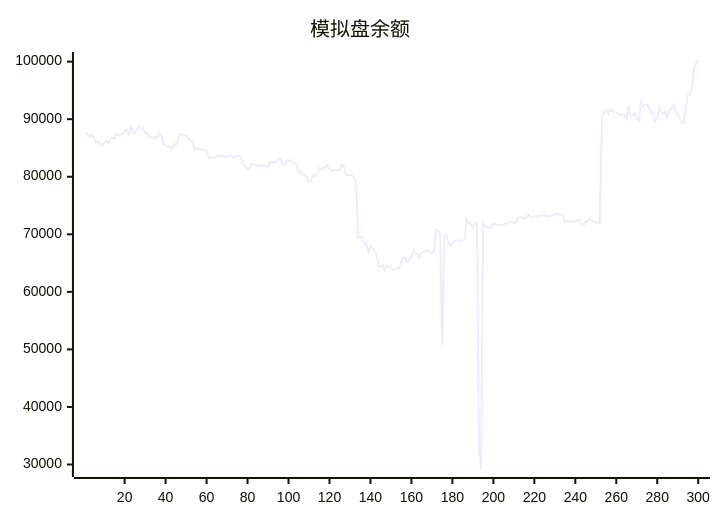
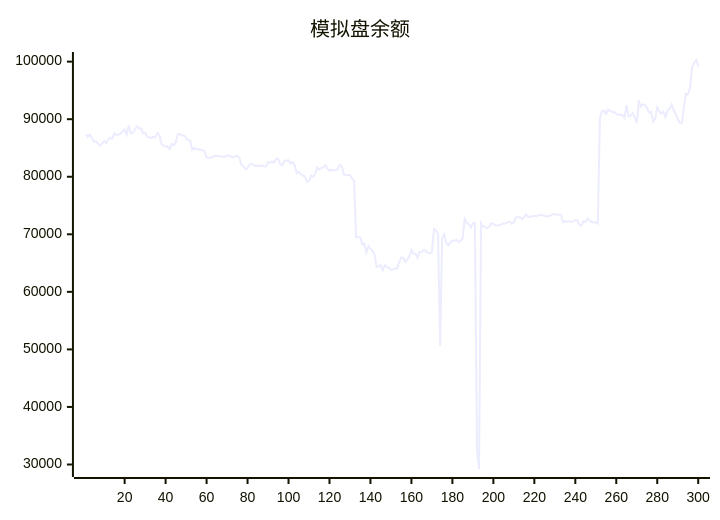
Before and after one commit to aahl/ai-trading: the diagram in README.md, drawn with Mermaid. The commit also changed other lines of this file and 1 other file, not shown here.

````diff
--- a/README.md
+++ b/README.md
@@ -5,5 +5,5 @@
 ```mermaid
 xychart
     title "模拟盘余额"
-    line [87568,87386,86920,87313,86737,86094,86143,85725,85437,85787,86219,85859,86526,86740,86630,87563,87264,87335,87483,87886,88180,87335,88894,87544,87608,88207,88755,88401,88444,87543,87608,87000,86810,86740,86894,86884,87576,87209,85686,85435,85251,85255,84820,85689,85453,86066,87420,87373,87161,87178,86740,86341,86315,84643,85012,84772,84768,84690,84635,84376,83360,83357,83259,83474,83608,83606,83602,83548,83440,83454,83724,83644,83464,83365,83590,83592,83275,82072,81806,81344,81492,82109,82254,82006,81848,81955,81829,82022,81769,81776,82522,82441,82656,82498,83144,83144,82150,82038,82797,82763,82872,82367,82536,81981,80612,80862,80484,80242,80034,79063,79245,80226,80016,80507,81625,81233,81544,81578,82016,81401,81019,81186,81130,81118,81306,82066,81909,80392,80304,80291,80258,79729,79261,69466,69579,69456,68251,68415,66832,67911,67462,67144,66432,64380,64375,64606,63740,64647,64324,64216,63842,63877,64078,64008,65156,65945,65888,65157,65625,66144,67284,66653,66639,65924,66925,66956,67263,67108,66766,66729,66886,70927,70673,70049,50652,69334,69973,68400,68061,68578,68876,68879,69055,68662,68822,69329,72687,71999,71760,71162,71911,71896,32500,29218,71927,71297,71305,71044,71337,71883,71822,71536,71536,71622,71723,71880,71860,72100,72216,71887,72077,72940,72976,72966,72638,72948,73497,73004,73041,73173,73160,73186,73258,73375,73351,73173,73098,73161,73305,73474,73536,73457,73413,73412,72100,72333,72164,72272,72204,72285,72461,72421,71652,71521,72267,72157,72774,72424,72144,72060,72091,71858,90185,91338,91466,90900,91678,91404,91268,91244,90903,90779,90787,90721,90187,92429,90518,90619,91070,90328,89376,93286,92202,92581,92485,91947,91196,91259,89619,90086,92063,91355,90950,91327,90373,91498,91800,92531,91603,90910,90031,89351,89334,92097,94406,94315,95455,98972,99763,100286]
+    line [87386,86920,87313,86737,86094,86143,85725,85437,85787,86219,85859,86526,86740,86630,87563,87264,87335,87483,87886,88180,87335,88894,87544,87608,88207,88755,88401,88444,87543,87608,87000,86810,86740,86894,86884,87576,87209,85686,85435,85251,85255,84820,85689,85453,86066,87420,87373,87161,87178,86740,86341,86315,84643,85012,84772,84768,84690,84635,84376,83360,83357,83259,83474,83608,83606,83602,83548,83440,83454,83724,83644,83464,83365,83590,83592,83275,82072,81806,81344,81492,82109,82254,82006,81848,81955,81829,82022,81769,81776,82522,82441,82656,82498,83144,83144,82150,82038,82797,82763,82872,82367,82536,81981,80612,80862,80484,80242,80034,79063,79245,80226,80016,80507,81625,81233,81544,81578,82016,81401,81019,81186,81130,81118,81306,82066,81909,80392,80304,80291,80258,79729,79261,69466,69579,69456,68251,68415,66832,67911,67462,67144,66432,64380,64375,64606,63740,64647,64324,64216,63842,63877,64078,64008,65156,65945,65888,65157,65625,66144,67284,66653,66639,65924,66925,66956,67263,67108,66766,66729,66886,70927,70673,70049,50652,69334,69973,68400,68061,68578,68876,68879,69055,68662,68822,69329,72687,71999,71760,71162,71911,71896,32500,29218,71927,71297,71305,71044,71337,71883,71822,71536,71536,71622,71723,71880,71860,72100,72216,71887,72077,72940,72976,72966,72638,72948,73497,73004,73041,73173,73160,73186,73258,73375,73351,73173,73098,73161,73305,73474,73536,73457,73413,73412,72100,72333,72164,72272,72204,72285,72461,72421,71652,71521,72267,72157,72774,72424,72144,72060,72091,71858,90185,91338,91466,90900,91678,91404,91268,91244,90903,90779,90787,90721,90187,92429,90518,90619,91070,90328,89376,93286,92202,92581,92485,91947,91196,91259,89619,90086,92063,91355,90950,91327,90373,91498,91800,92531,91603,90910,90031,89351,89334,92097,94406,94315,95455,98972,99763,100286,99229]
 ```
````
